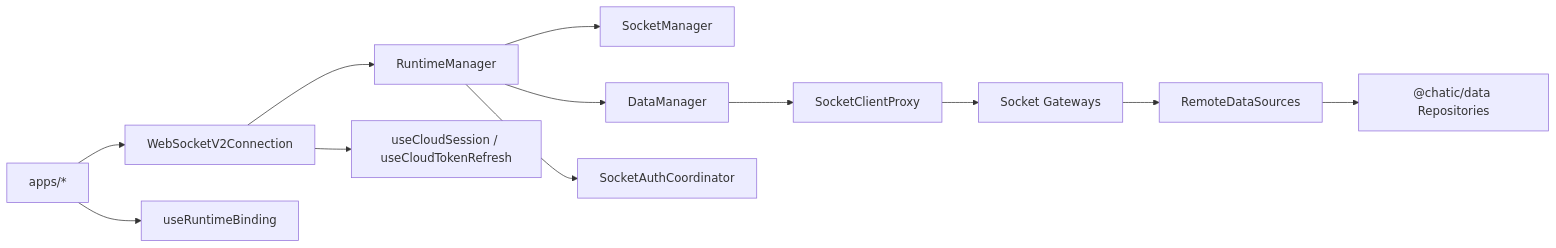
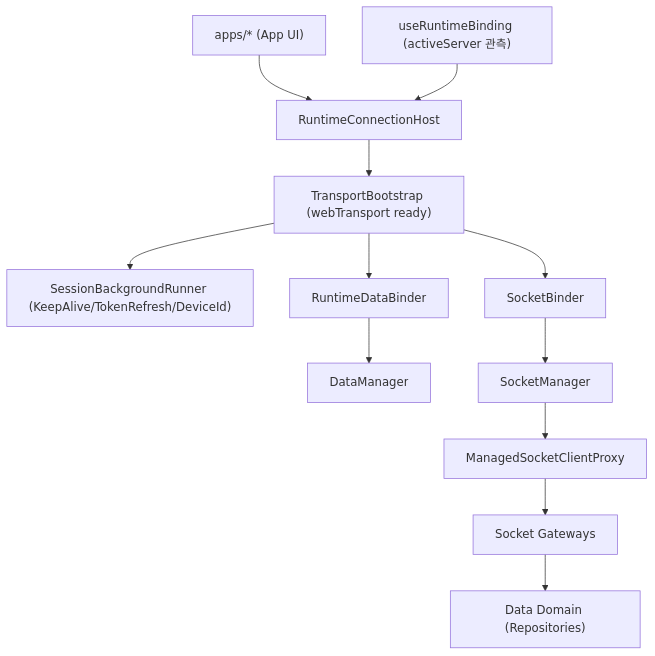
Before and after one commit to lemoncloud-io/dou-app: the diagram in libs/app-runtime/docs/architecture.md, drawn with Mermaid. The commit also changed other lines of this file and 5 other files, not shown here.

Commit message:
feat: refactor session and socket management for improved architecture

````diff
--- a/libs/app-runtime/docs/architecture.md
+++ b/libs/app-runtime/docs/architecture.md
@@ -13,14 +13,17 @@
 ```mermaid
-flowchart LR
-  App["apps/*"] --> Conn["WebSocketV2Connection"]
-  App --> Binding["useRuntimeBinding"]
-  Conn --> Runtime["RuntimeManager"]
-  Runtime --> Socket["SocketManager"]
-  Runtime --> Data["DataManager"]
-  Data --> Proxy["SocketClientProxy"]
+flowchart TD
+  App["apps/* (App UI)"] --> Host["RuntimeConnectionHost"]
+  Host --> Bootstrap["TransportBootstrap (webTransport ready)"]
+  Bootstrap --> Runner["SessionBackgroundRunner (KeepAlive/TokenRefresh/DeviceId)"]
+  Bootstrap --> DataBinder["RuntimeDataBinder"]
+  Bootstrap --> SocketBinder["SocketBinder"]
+
+  Binding["useRuntimeBinding (activeServer 관측)"] --> Host
+
+  DataBinder --> DataManager["DataManager"]
+  SocketBinder --> SocketManager["SocketManager"]
+
+  SocketManager --> Proxy["ManagedSocketClientProxy"]
   Proxy --> Gateways["Socket Gateways"]
-  Gateways --> Remote["RemoteDataSources"]
-  Remote --> Repo["@chatic/data Repositories"]
-  Runtime --> Auth["SocketAuthCoordinator"]
-  Conn --> Hooks["useCloudSession / useCloudTokenRefresh"]
+  Gateways --> Data["Data Domain (Repositories)"]
 ```
````
